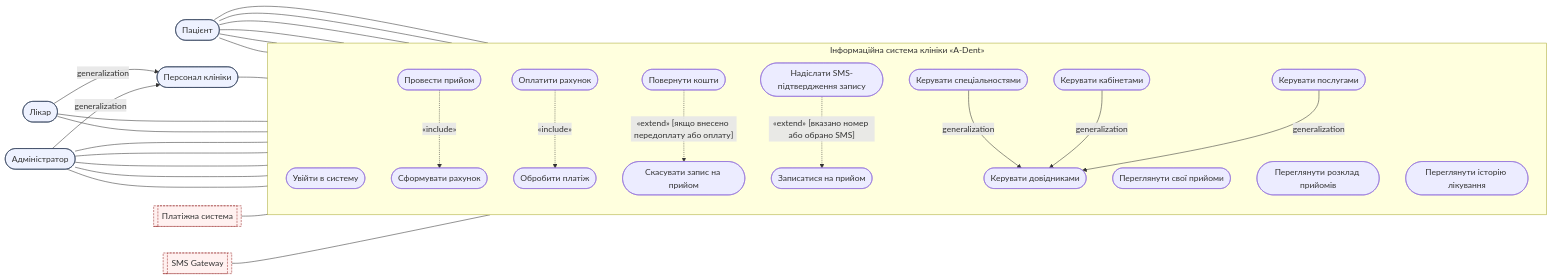
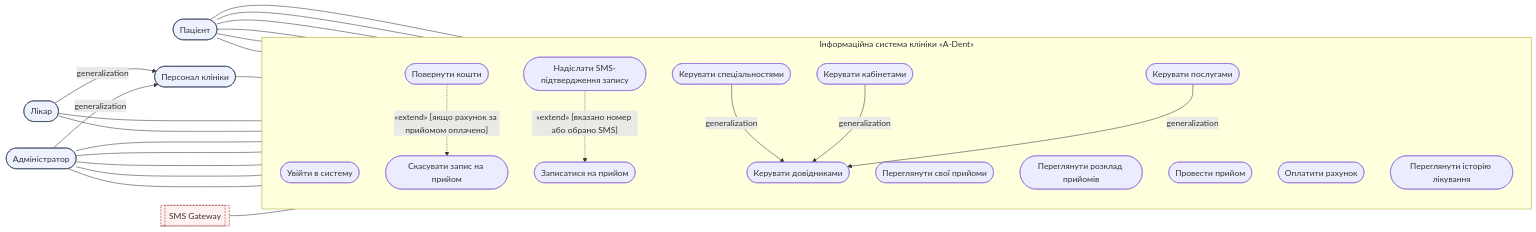
One commit to dvsqwx/KPI changed the diagram in use-case-diagram.mmd. Above: the diagram before and after it, drawn with Mermaid. The commit also changed 2 other files, not shown here.

Commit message:
add NFRs, deep UC1 Gherkin, ADR-0001 and clean up diagram (AI version)

```diff
--- a/use-case-diagram.mmd
+++ b/use-case-diagram.mmd
@@ -1,87 +1,79 @@
 %% Use Case діаграма — «Приватна стоматологічна клініка A-Dent»
 %% Примітка щодо нотації: Mermaid не має єдиної стабільної across-renderer нотації
 %% класичного UML use-case (порожній трикутник генералізації, людські акторні "стіки").
 %% Тому діаграма побудована на flowchart, що гарантовано рендериться в будь-якій версії Mermaid:
 %%   - актори-люди: заокруглений прямокутник (stadium), клас actorHuman
-%%   - зовнішні системи (Платіжна система, SMS Gateway): подвійна рамка (subroutine), клас actorSystem, пунктирна межа
+%%   - зовнішня система (SMS Gateway): подвійна рамка (subroutine), клас actorSystem, пунктирна межа
 %%   - use case: овал (stadium) всередині підсистеми SYS
 %%   - асоціація актор–use case: звичайна лінія без стрілки
 %%   - «include»: пунктирна стрілка з підписом «include», від базового UC до включеного
 %%   - «extend»: пунктирна стрілка з підписом «extend», від розширення до базового UC
 %%   - генералізація: суцільна стрілка з підписом "generalization" (наближення — замінює порожній трикутник)
 
 flowchart LR
 
     %% ===== Актори =====
     Patient(["Пацієнт"]):::actorHuman
     Doctor(["Лікар"]):::actorHuman
     Admin(["Адміністратор"]):::actorHuman
     Staff(["Персонал клініки"]):::actorHuman
-    PaymentSys[["Платіжна система"]]:::actorSystem
     SMSGateway[["SMS Gateway"]]:::actorSystem
 
     %% Генералізація акторів: Лікар і Адміністратор — спеціалізації Персоналу клініки
     Doctor -->|"generalization"| Staff
     Admin -->|"generalization"| Staff
 
     %% ===== Межа системи =====
     subgraph SYS["Інформаційна система клініки «A-Dent»"]
         direction TB
 
         UC0(["Увійти в систему"])
 
         UC1(["Записатися на прийом"])
         UC2(["Переглянути свої прийоми"])
         UC3(["Скасувати запис на прийом"])
         UC4(["Переглянути розклад прийомів"])
         UC5(["Провести прийом"])
-        UC6(["Сформувати рахунок"])
         UC7(["Оплатити рахунок"])
-        UC8(["Обробити платіж"])
         UC9(["Повернути кошти"])
         UC10(["Надіслати SMS-підтвердження запису"])
         UC11(["Переглянути історію лікування"])
 
         UC12(["Керувати довідниками"])
         UC12a(["Керувати спеціальностями"])
         UC12b(["Керувати кабінетами"])
         UC12c(["Керувати послугами"])
     end
 
     %% ===== Асоціації: Пацієнт =====
     Patient --- UC0
     Patient --- UC1
     Patient --- UC2
     Patient --- UC3
     Patient --- UC7
     Patient --- UC11
 
     %% ===== Асоціації: успадковано через Staff, плюс власні =====
     Staff --- UC0
     Doctor --- UC4
     Doctor --- UC5
     Admin --- UC1
     Admin --- UC3
     Admin --- UC4
     Admin --- UC9
     Admin --- UC12
 
     %% ===== Асоціація: зовнішня система =====
-    PaymentSys --- UC8
     SMSGateway --- UC10
 
-    %% ===== Include (обов'язковий крок) =====
-    UC5 -.->|"«include»"| UC6
-    UC7 -.->|"«include»"| UC8
-
     %% ===== Extend (опційне розширення за умови) =====
-    UC9 -.->|"«extend» [якщо внесено передоплату або оплату]"| UC3
+    UC9 -.->|"«extend» [якщо рахунок за прийомом оплачено]"| UC3
     UC10 -.->|"«extend» [вказано номер або обрано SMS]"| UC1
 
     %% ===== Генералізація use cases =====
     UC12a -->|"generalization"| UC12
     UC12b -->|"generalization"| UC12
     UC12c -->|"generalization"| UC12
 
     classDef actorHuman fill:#eef2ff,stroke:#33415c,stroke-width:1px;
     classDef actorSystem fill:#fff1f0,stroke:#9b2c2c,stroke-width:1px,stroke-dasharray:4 2;
```
